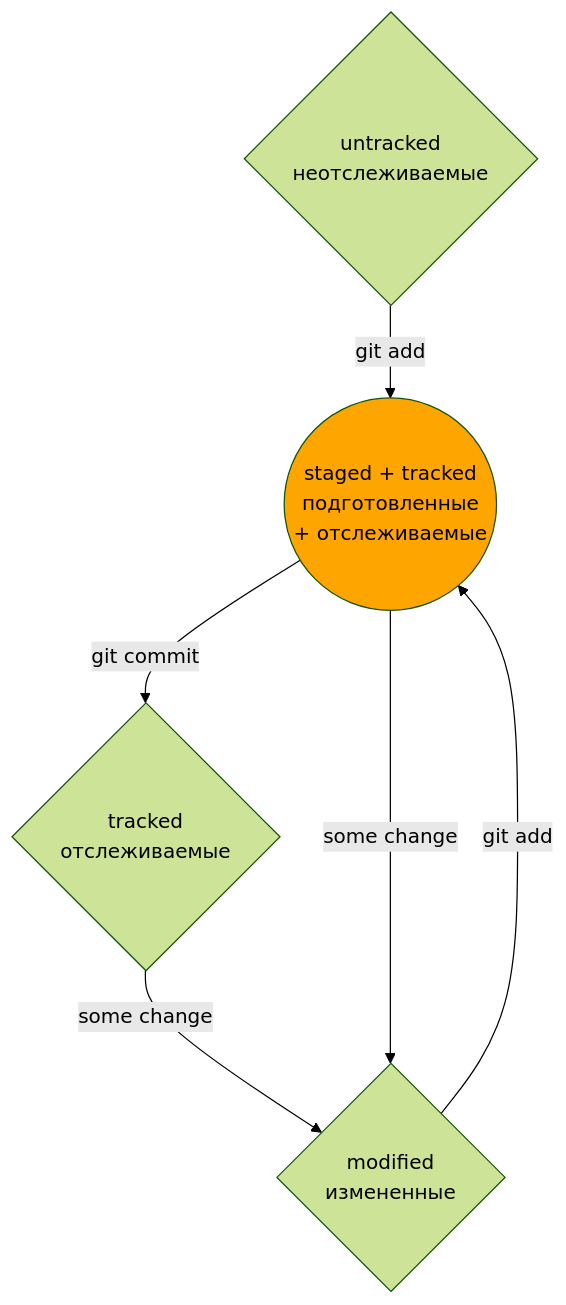
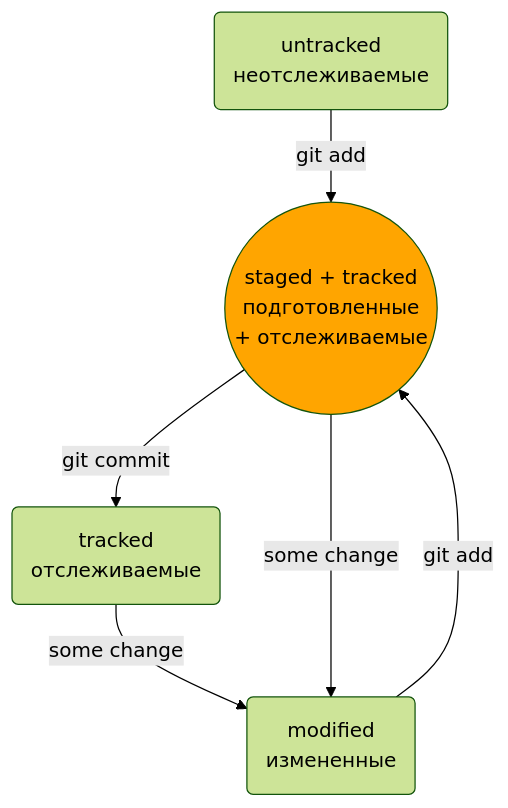
Before and after one commit to AleksandrVakarin/GitInstructionMermaid: the diagram in README.md, drawn with Mermaid (forest theme).

````diff
--- a/README.md
+++ b/README.md
@@ -93,14 +93,14 @@
 ```mermaid
 flowchart TD;
 	
 	stgd((staged + tracked<br>подготовленные<br> + отслеживаемые))
-	mdf{modified<br>измененные}
-	untr{untracked<br>неотслеживаемые}
-	trcd{tracked<br>отслеживаемые}
+	mdf(modified<br>измененные)
+	untr(untracked<br>неотслеживаемые)
+	trcd(tracked<br>отслеживаемые)
 
 	untr-- git add -->stgd-- git commit -->trcd
 	trcd-- some change -->mdf-- git add --> stgd
 	stgd-- some change -->mdf
 
 	style stgd fill: orange
 ```
````
